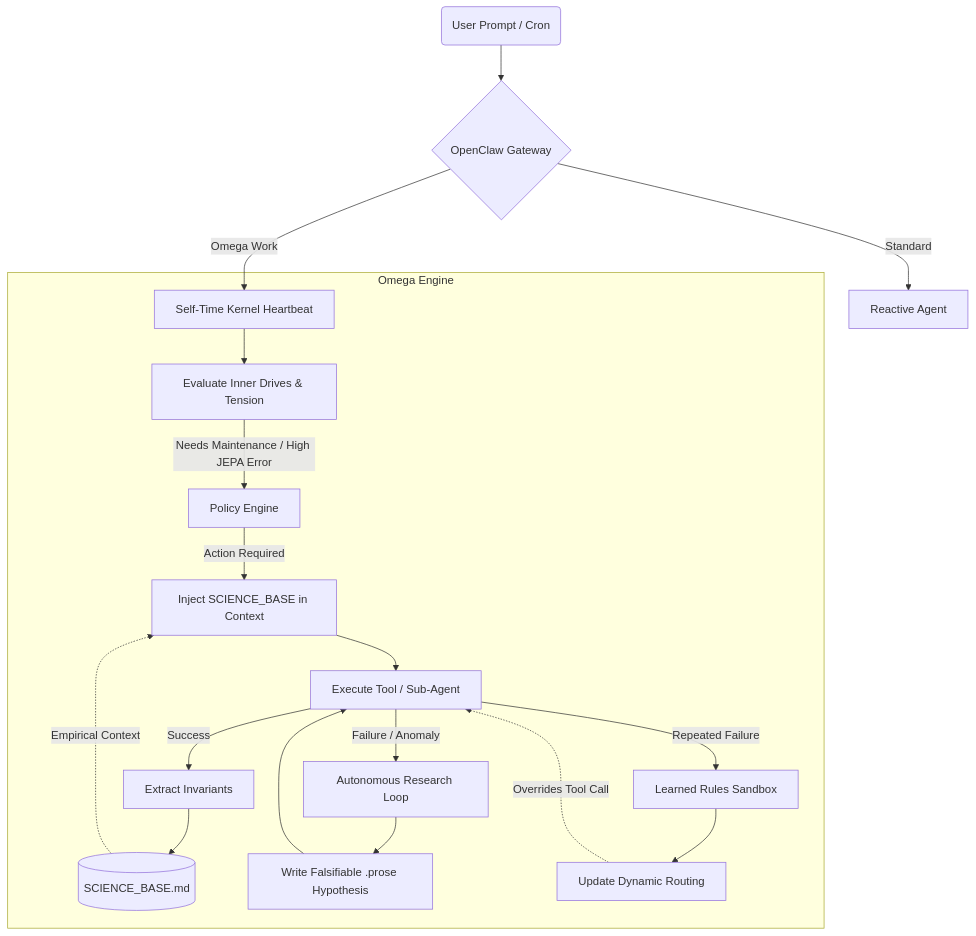
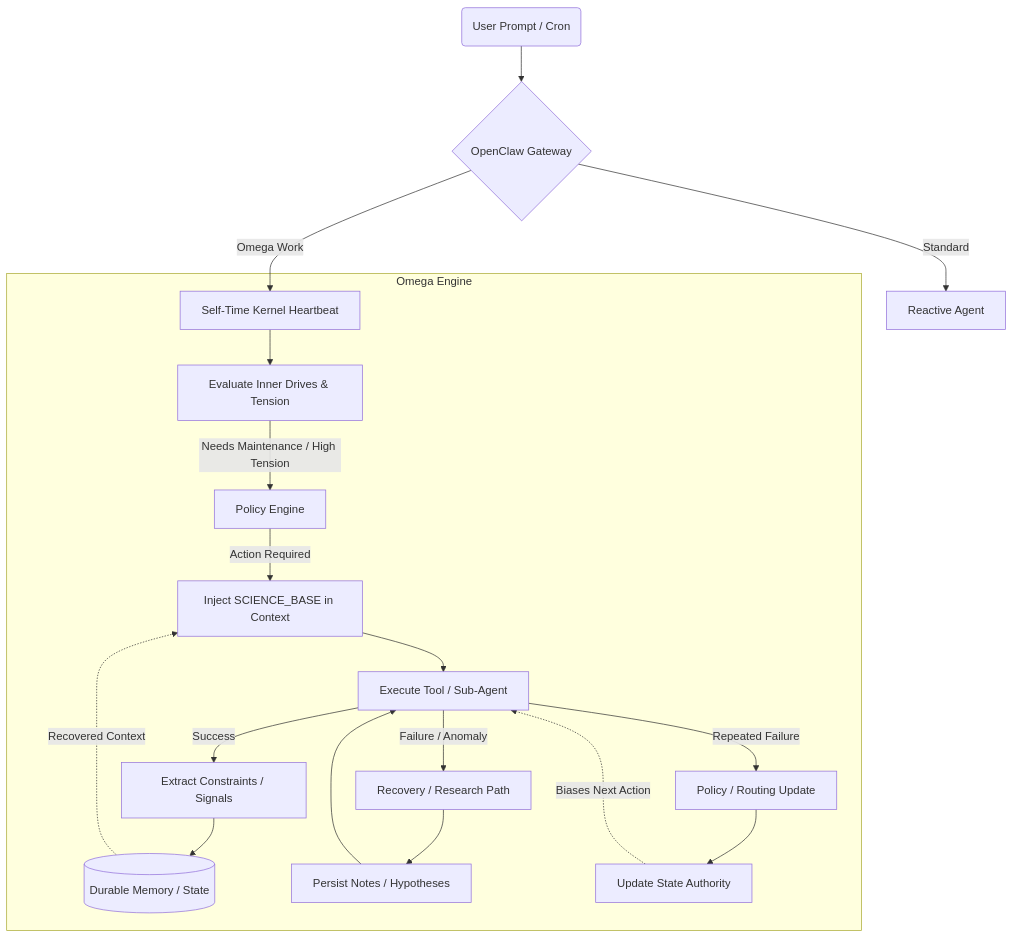
The diagram in README.md (skynet-omega/openskynet), drawn with Mermaid before and after one commit. The commit also changed other lines of this file and 55 other files, not shown here.

````diff
--- a/README.md
+++ b/README.md
@@ -33,30 +32,30 @@
 ```mermaid
 graph TD
     %% Base Infrastructure
     User(User Prompt / Cron) --> Router{OpenClaw Gateway}
     Router --> |Standard| Agent[Reactive Agent]
 
     %% Omega Autonomous Flow
     Router --> |Omega Work| Heartbeat[Self-Time Kernel Heartbeat]
 
     subgraph Omega Engine
         Heartbeat --> Drives[Evaluate Inner Drives & Tension]
-        Drives --> |Needs Maintenance / High JEPA Error| Policy[Policy Engine]
+        Drives --> |Needs Maintenance / High Tension| Policy[Policy Engine]
 
         Policy --> |Action Required| Memory[Inject SCIENCE_BASE in Context]
         Memory --> Action[Execute Tool / Sub-Agent]
 
-        Action --> |Success| Extract[Extract Invariants]
-        Extract --> ScienceBase[(SCIENCE_BASE.md)]
+        Action --> |Success| Extract[Extract Constraints / Signals]
+        Extract --> ScienceBase[(Durable Memory / State)]
 
-        Action --> |Failure / Anomaly| Research[Autonomous Research Loop]
-        Research --> Prose[Write Falsifiable .prose Hypothesis]
-        Prose --> Action
+        Action --> |Failure / Anomaly| Research[Recovery / Research Path]
+        Research --> Notes[Persist Notes / Hypotheses]
+        Notes --> Action
 
-        Action --> |Repeated Failure| Routing[Learned Rules Sandbox]
-        Routing --> Rule[Update Dynamic Routing]
+        Action --> |Repeated Failure| Routing[Policy / Routing Update]
+        Routing --> Rule[Update State Authority]
     end
 
-    Rule -.-> |Overrides Tool Call| Action
-    ScienceBase -.-> |Empirical Context| Memory
+    Rule -.-> |Biases Next Action| Action
+    ScienceBase -.-> |Recovered Context| Memory
 ```
````
